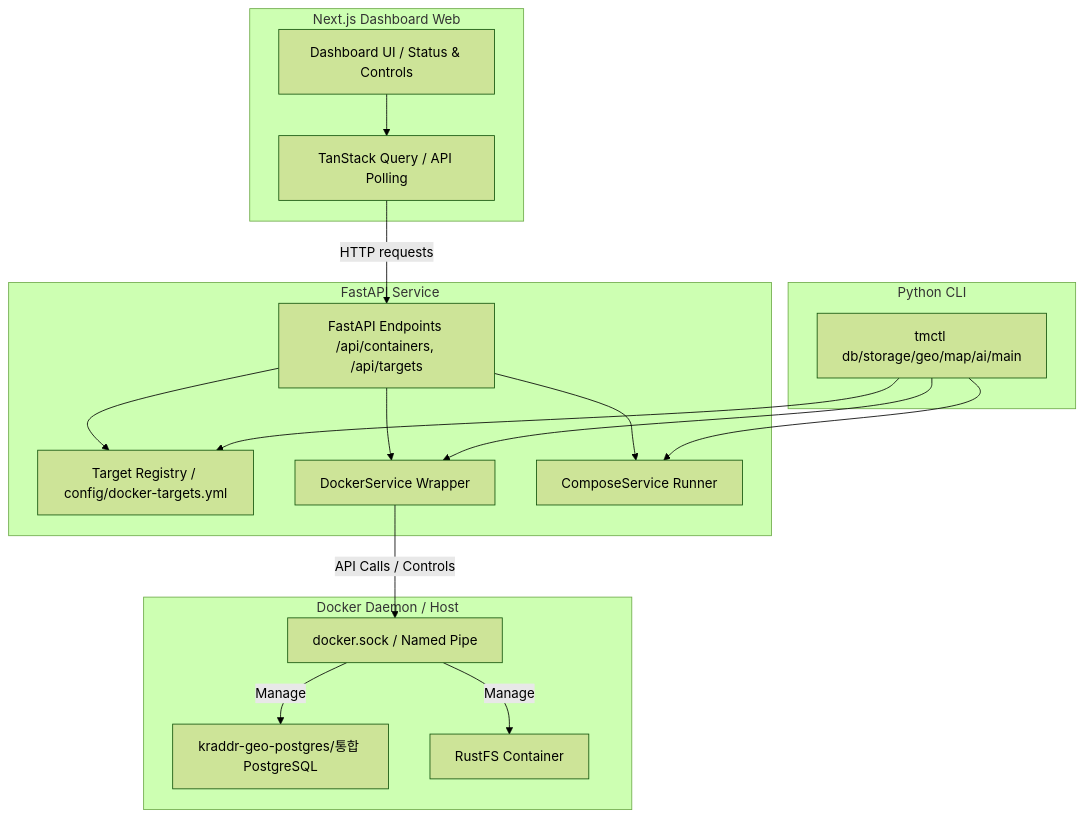
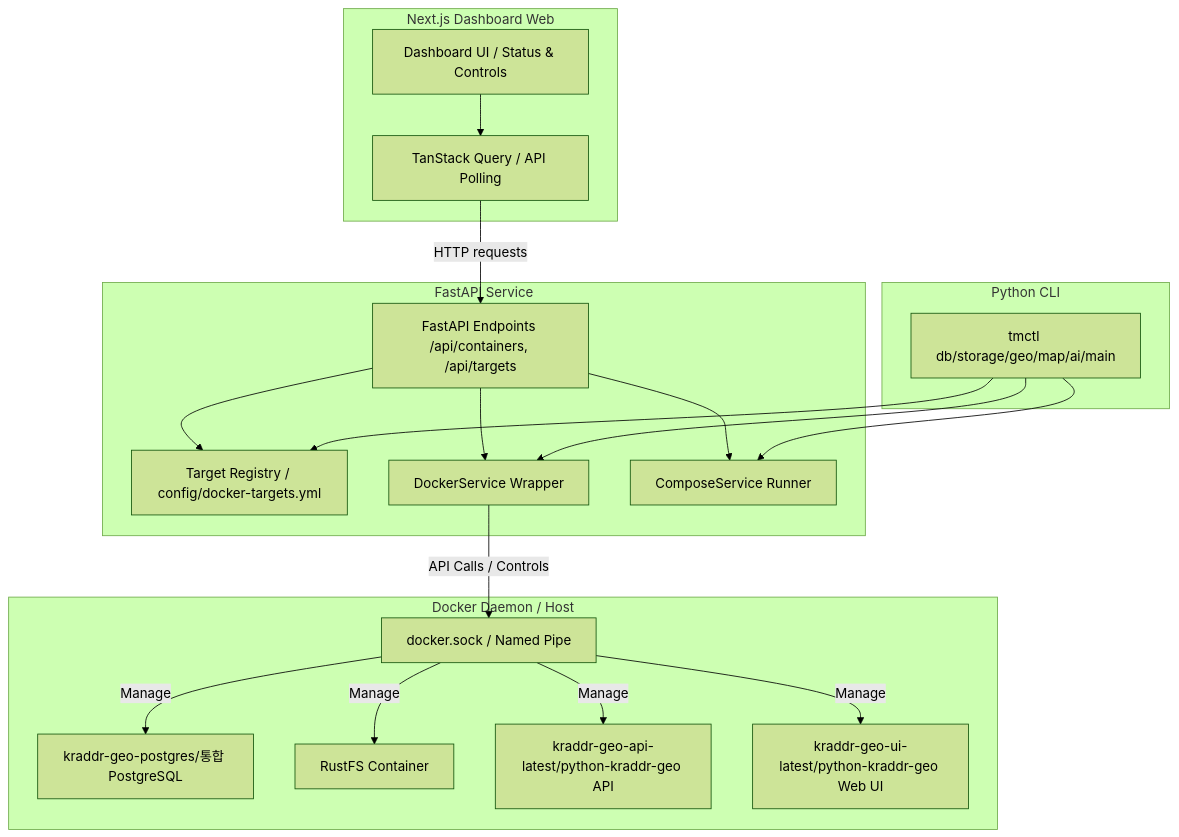
Before and after one commit to digitie/kor-travel-docker-manager: the diagram in docs/architecture.md, drawn with Mermaid (forest theme). The commit also changed other lines of this file and 16 other files, not shown here.

Commit message:
Add kraddr geo Docker services to manager (#6)

````diff
--- a/docs/architecture.md
+++ b/docs/architecture.md
@@ -11,37 +11,41 @@
 ```mermaid
 graph TD
     subgraph Frontend [Next.js Dashboard Web]
         UI[Dashboard UI / Status & Controls]
         TQ[TanStack Query / API Polling]
         UI --> TQ
     end
 
     subgraph Backend [FastAPI Service]
         API[FastAPI Endpoints /api/containers, /api/targets]
         REG[Target Registry / config/docker-targets.yml]
         DS[DockerService Wrapper]
         CS[ComposeService Runner]
         API --> REG
         API --> DS
         API --> CS
     end
 
     subgraph CLI [Python CLI]
         CLI_CMD[tmctl db/storage/geo/map/ai/main]
         CLI_CMD --> REG
         CLI_CMD --> DS
         CLI_CMD --> CS
     end
 
     subgraph Infrastructure [Docker Daemon / Host]
         D_Sock[docker.sock / Named Pipe]
         C_PG[kraddr-geo-postgres/통합 PostgreSQL]
         C_RFS[RustFS Container]
+        C_GEO_API[kraddr-geo-api-latest/python-kraddr-geo API]
+        C_GEO_UI[kraddr-geo-ui-latest/python-kraddr-geo Web UI]
         
         DS -->|API Calls / Controls| D_Sock
         D_Sock -->|Manage| C_PG
         D_Sock -->|Manage| C_RFS
+        D_Sock -->|Manage| C_GEO_API
+        D_Sock -->|Manage| C_GEO_UI
     end
     
     TQ -->|HTTP requests| API
 ```
````
